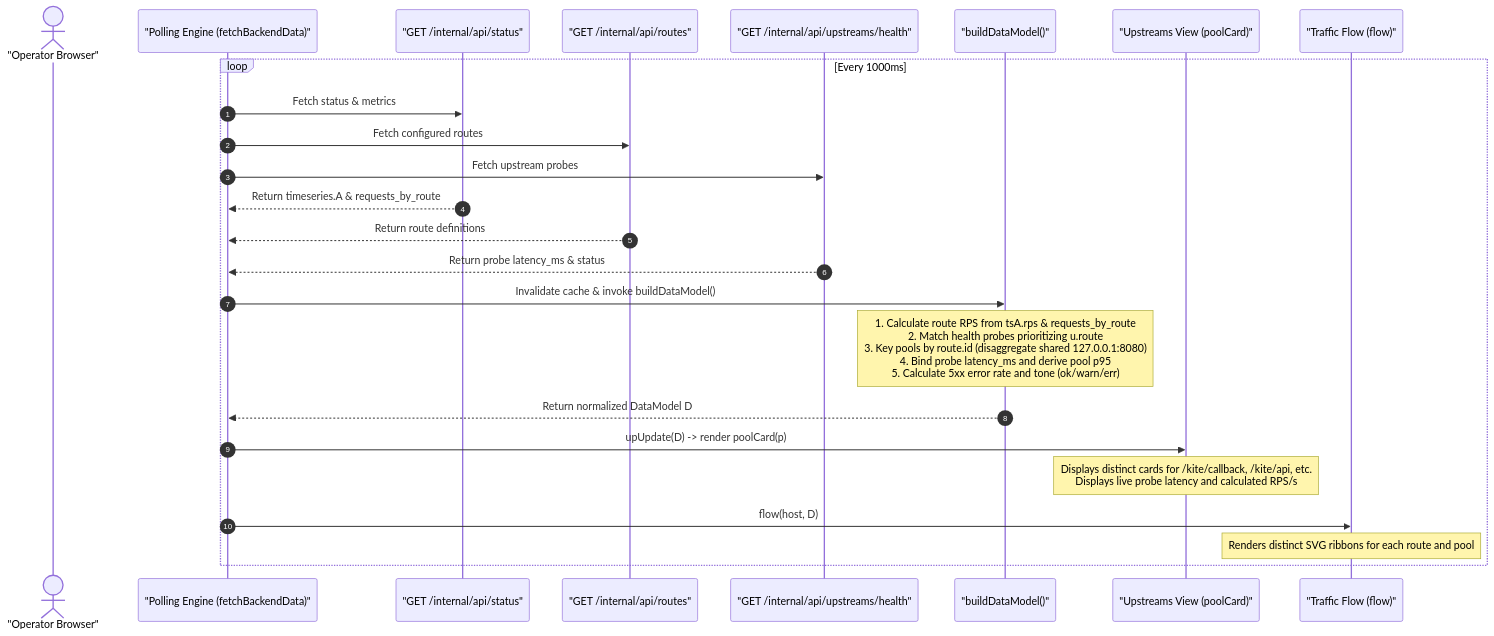
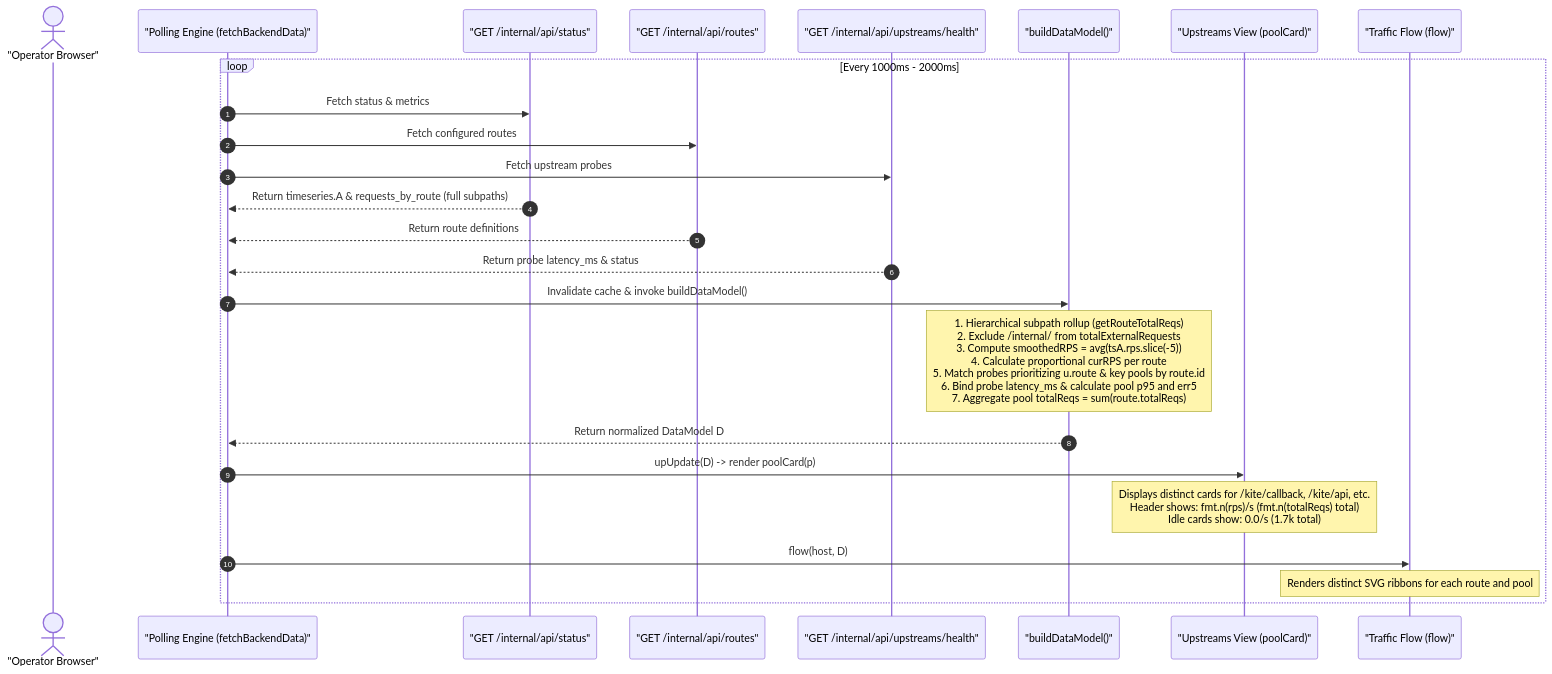
Before and after one commit to SayantanSaha/toron: the second of 2 diagrams in docs/architecture/ADR-139.md, drawn with Mermaid. The commit also changed other lines of this file and 11 other files, not shown here.

Commit message:
fix(dashboard): hierarchical subpath rollup, polling isolation, and live telemetry volume display (REQ-139 v1.1)

````diff
--- a/docs/architecture/ADR-139.md
+++ b/docs/architecture/ADR-139.md
@@ -236,30 +315,30 @@
 ```mermaid
 sequenceDiagram
     autonumber
     actor Operator as "Operator Browser"
     participant Poller as "Polling Engine (fetchBackendData)"
     participant StatusAPI as "GET /internal/api/status"
     participant RoutesAPI as "GET /internal/api/routes"
     participant HealthAPI as "GET /internal/api/upstreams/health"
     participant ModelBuilder as "buildDataModel()"
     participant UpstreamsUI as "Upstreams View (poolCard)"
     participant FlowUI as "Traffic Flow (flow)"
 
-    loop Every 1000ms
+    loop Every 1000ms - 2000ms
         Poller->>StatusAPI: Fetch status & metrics
         Poller->>RoutesAPI: Fetch configured routes
         Poller->>HealthAPI: Fetch upstream probes
-        StatusAPI-->>Poller: Return timeseries.A & requests_by_route
+        StatusAPI-->>Poller: Return timeseries.A & requests_by_route (full subpaths)
         RoutesAPI-->>Poller: Return route definitions
         HealthAPI-->>Poller: Return probe latency_ms & status
 
         Poller->>ModelBuilder: Invalidate cache & invoke buildDataModel()
-        Note over ModelBuilder: 1. Calculate route RPS from tsA.rps & requests_by_route<br/>2. Match health probes prioritizing u.route<br/>3. Key pools by route.id (disaggregate shared 127.0.0.1:8080)<br/>4. Bind probe latency_ms and derive pool p95<br/>5. Calculate 5xx error rate and tone (ok/warn/err)
+        Note over ModelBuilder: 1. Hierarchical subpath rollup (getRouteTotalReqs)<br/>2. Exclude /internal/ from totalExternalRequests<br/>3. Compute smoothedRPS = avg(tsA.rps.slice(-5))<br/>4. Calculate proportional curRPS per route<br/>5. Match probes prioritizing u.route & key pools by route.id<br/>6. Bind probe latency_ms & calculate pool p95 and err5<br/>7. Aggregate pool totalReqs = sum(route.totalReqs)
         ModelBuilder-->>Poller: Return normalized DataModel D
 
         Poller->>UpstreamsUI: upUpdate(D) -> render poolCard(p)
-        Note over UpstreamsUI: Displays distinct cards for /kite/callback, /kite/api, etc.<br/>Displays live probe latency and calculated RPS/s
+        Note over UpstreamsUI: Displays distinct cards for /kite/callback, /kite/api, etc.<br/>Header shows: fmt.n(rps)/s (fmt.n(totalReqs) total)<br/>Idle cards show: 0.0/s (1.7k total)
         Poller->>FlowUI: flow(host, D)
         Note over FlowUI: Renders distinct SVG ribbons for each route and pool
     end
 ```
````
